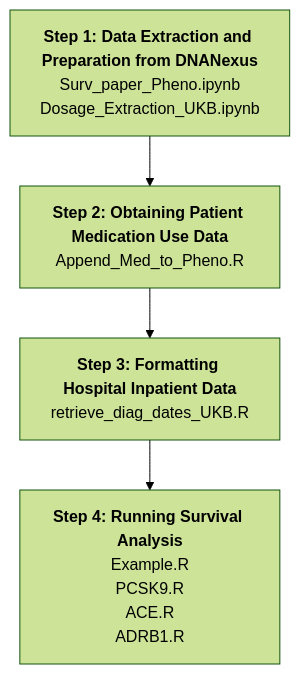
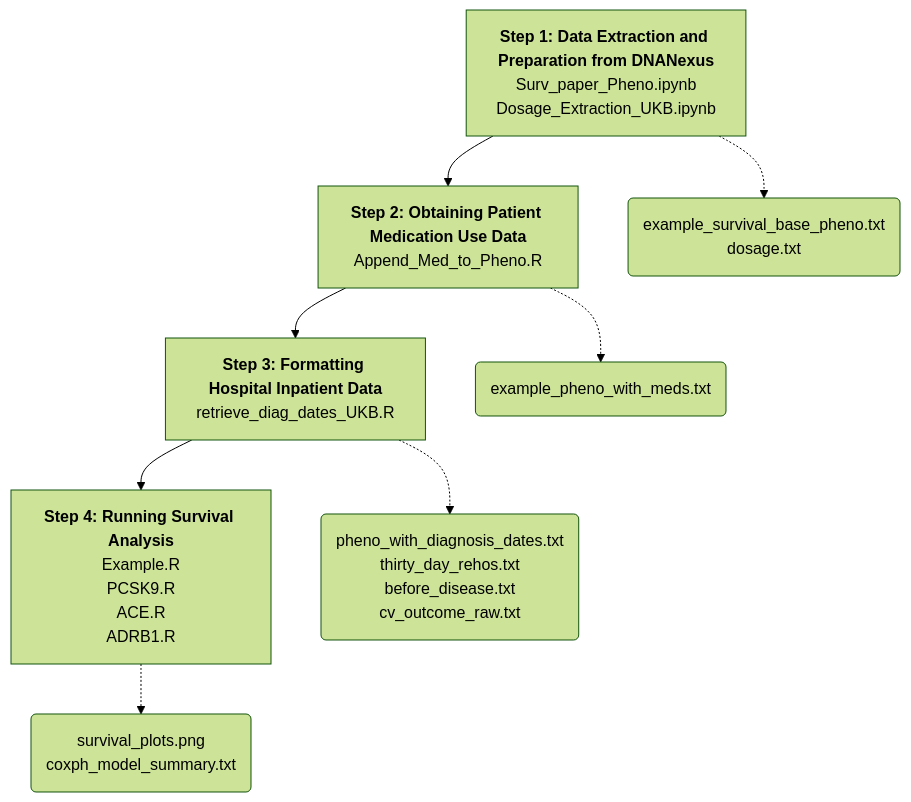
The diagram in README.md (tenayatherapeutics/Genetic-Survival-Analysis-in-UKB), drawn with Mermaid (forest theme) before and after one commit.

````diff
--- a/README.md
+++ b/README.md
@@ -58,12 +58,19 @@
 ```mermaid
 
-graph TD;
+flowchart TD;
     A["<b>Step 1: Data Extraction and Preparation from DNANexus</b><br/>Surv_paper_Pheno.ipynb<br/>Dosage_Extraction_UKB.ipynb"];
     B["<b>Step 2: Obtaining Patient Medication Use Data</b><br/>Append_Med_to_Pheno.R"];
     C["<b>Step 3: Formatting Hospital Inpatient Data</b><br/>retrieve_diag_dates_UKB.R"];
     D["<b>Step 4: Running Survival Analysis</b><br/>Example.R<br/>PCSK9.R<br/>ACE.R<br/>ADRB1.R"];
 
     A --> B;
     B --> C;
     C --> D;
+
+    A -.->	 E("example_survival_base_pheno.txt<br/>dosage.txt");
+    B -.->	 F("example_pheno_with_meds.txt");
+    C -.->	 G("pheno_with_diagnosis_dates.txt<br/>thirty_day_rehos.txt<br/>before_disease.txt<br/>cv_outcome_raw.txt");
+    D -.->	 H("survival_plots.png<br/>coxph_model_summary.txt");
+
+
 ```
````
